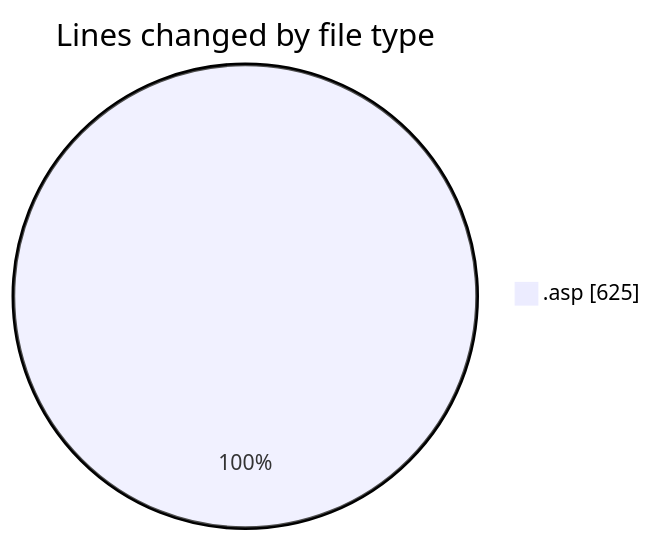
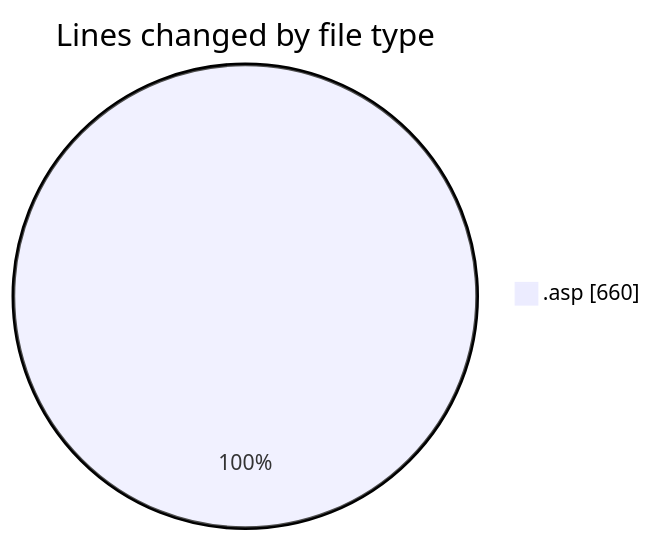
One commit to julien-gomy/code-tracking changed the first of 2 diagrams in 2025-10-17/cdp_aleoudev_fr__workspace_/README.md. Above: the diagram before and after it, drawn with Mermaid. The commit also changed other lines of this file and 1 other file, not shown here.

````diff
--- a/2025-10-17/cdp_aleoudev_fr__workspace_/README.md
+++ b/2025-10-17/cdp_aleoudev_fr__workspace_/README.md
@@ -20,5 +20,5 @@
 ```mermaid
 pie showData
 title Lines changed by file type
-".asp" : 625
+".asp" : 660
 ```
````
